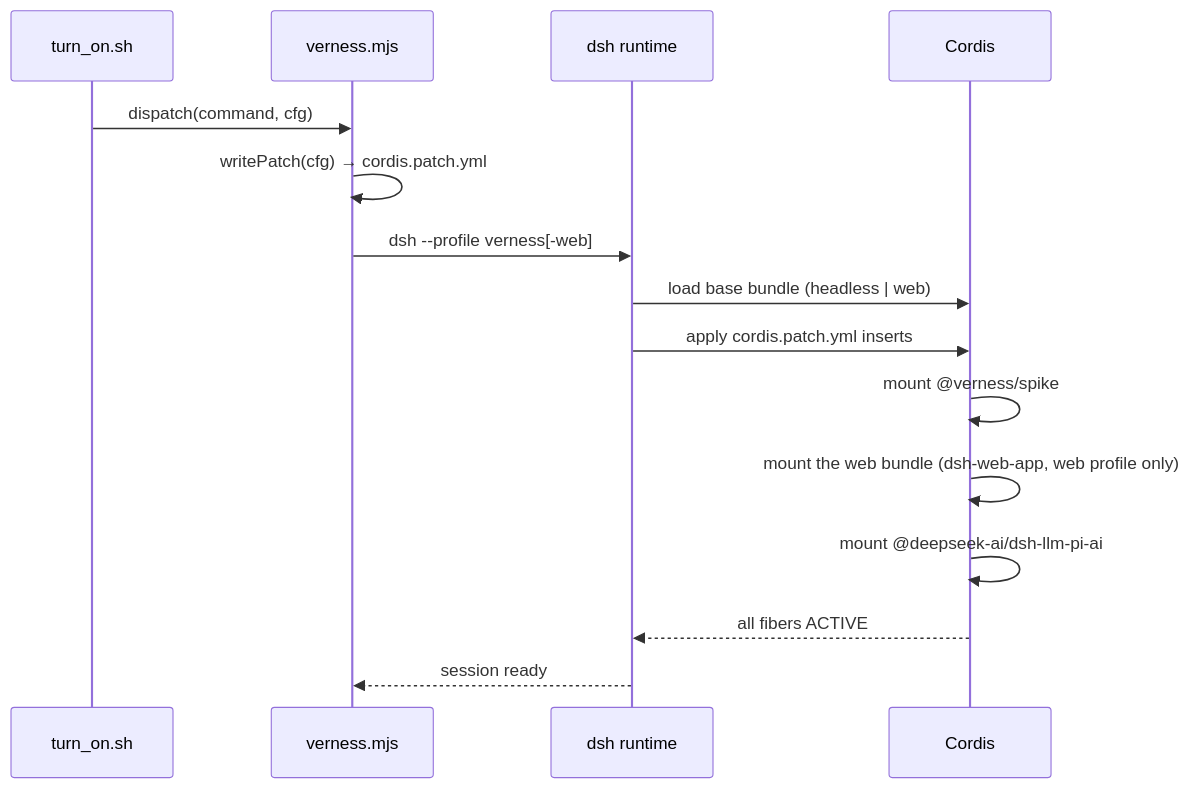
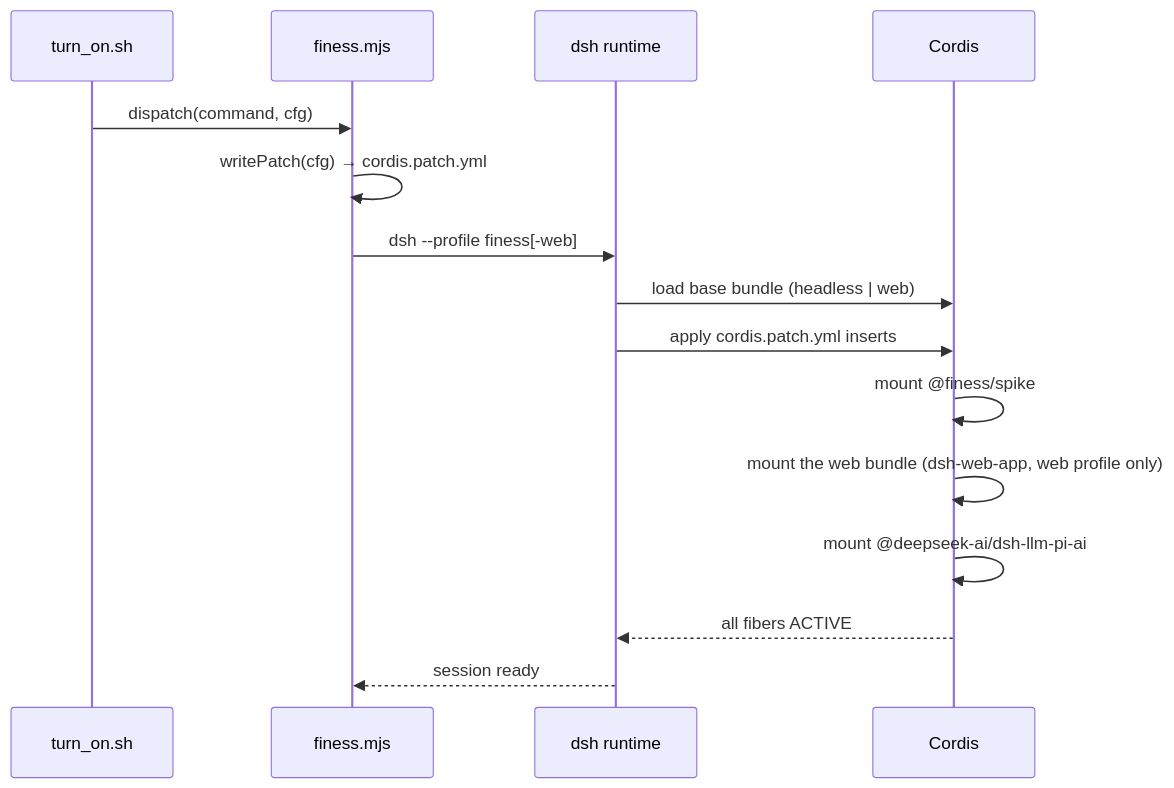
One commit to MoonHawlk/VerNess changed the third of 4 diagrams in README.md. Above: the diagram before and after it, drawn with Mermaid. The commit also changed other lines of this file and 127 other files, not shown here.

````diff
--- a/README.md
+++ b/README.md
@@ -369,18 +369,18 @@
 ```mermaid
 sequenceDiagram
     participant TOS as turn_on.sh
-    participant VJS as verness.mjs
+    participant VJS as finess.mjs
     participant DSH as dsh runtime
     participant CRD as Cordis
 
     TOS->>VJS: dispatch(command, cfg)
     VJS->>VJS: writePatch(cfg) → cordis.patch.yml
-    VJS->>DSH: dsh --profile verness[-web]
+    VJS->>DSH: dsh --profile finess[-web]
     DSH->>CRD: load base bundle (headless | web)
     DSH->>CRD: apply cordis.patch.yml inserts
-    CRD->>CRD: mount @verness/spike
+    CRD->>CRD: mount @finess/spike
     CRD->>CRD: mount the web bundle (dsh-web-app, web profile only)
     CRD->>CRD: mount @deepseek-ai/dsh-llm-pi-ai
     CRD-->>DSH: all fibers ACTIVE
     DSH-->>VJS: session ready
 ```
````
